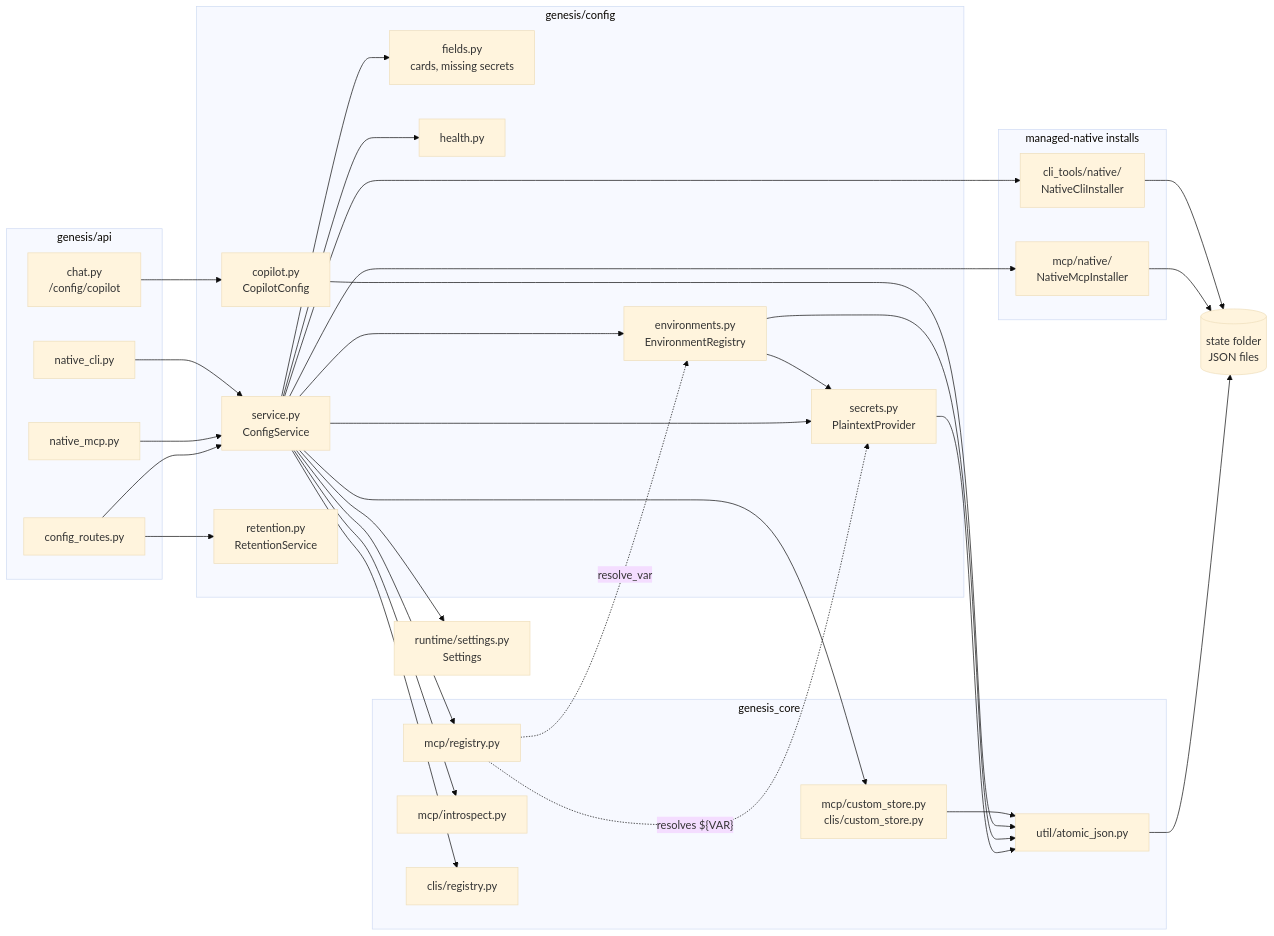
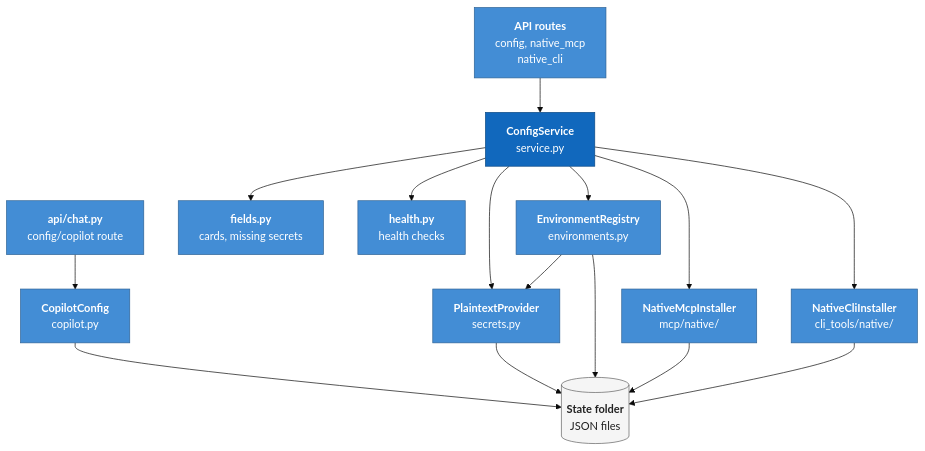
Before and after one commit to ram-020998/project-tracker: the first of 5 diagrams in genesis/architecture/modules/configuration-and-secrets.md, drawn with Mermaid (base theme). The commit also changed other lines of this file and 24 other files, not shown here.

First line of the commit message:
architecture: rewrite all 86 Mermaid diagrams to one C4 style, each render-checked

````diff
--- a/genesis/architecture/modules/configuration-and-secrets.md
+++ b/genesis/architecture/modules/configuration-and-secrets.md
@@ -55,45 +55,26 @@
 ```mermaid
-flowchart LR
-    subgraph routes["genesis/api"]
-        cr["config_routes.py"]
-        nm["native_mcp.py"]
-        nc["native_cli.py"]
-        chatapi["chat.py<br/>/config/copilot"]
-    end
-    subgraph cfg["genesis/config"]
-        svc["service.py<br/>ConfigService"]
-        sec["secrets.py<br/>PlaintextProvider"]
-        env["environments.py<br/>EnvironmentRegistry"]
-        fld["fields.py<br/>cards, missing secrets"]
-        hl["health.py"]
-        cop["copilot.py<br/>CopilotConfig"]
-        ret["retention.py<br/>RetentionService"]
-    end
-    subgraph native["managed-native installs"]
-        mi["mcp/native/<br/>NativeMcpInstaller"]
-        ci["cli_tools/native/<br/>NativeCliInstaller"]
-    end
-    subgraph core["genesis_core"]
-        mreg["mcp/registry.py"]
-        cstore["mcp/custom_store.py<br/>clis/custom_store.py"]
-        intro["mcp/introspect.py"]
-        creg["clis/registry.py"]
-        atomic["util/atomic_json.py"]
-    end
-    set["runtime/settings.py<br/>Settings"]
-    files[("state folder<br/>JSON files")]
-
-    cr --> svc
-    nm --> svc
-    nc --> svc
+flowchart TB
+    chatapi["<b>api/chat.py</b><br/>config/copilot route"]:::comp
+    cop["<b>CopilotConfig</b><br/>copilot.py"]:::comp
+    routes["<b>API routes</b><br/>config, native_mcp<br/>native_cli"]:::comp
+    svc["<b>ConfigService</b><br/>service.py"]:::core
+    fld["<b>fields.py</b><br/>cards, missing secrets"]:::comp
+    hl["<b>health.py</b><br/>health checks"]:::comp
+    env["<b>EnvironmentRegistry</b><br/>environments.py"]:::comp
+    sec["<b>PlaintextProvider</b><br/>secrets.py"]:::comp
+    mi["<b>NativeMcpInstaller</b><br/>mcp/native/"]:::comp
+    ci["<b>NativeCliInstaller</b><br/>cli_tools/native/"]:::comp
+    files[("<b>State folder</b><br/>JSON files")]:::data
     chatapi --> cop
-    cr --> ret
-    svc --> sec & env & fld & hl & mi & ci
-    svc --> mreg & creg & cstore & intro
+    routes --> svc
+    svc --> fld & hl & env & sec & mi & ci
     env --> sec
-    mreg -. "resolves ${VAR}" .-> sec
-    mreg -. "resolve_var" .-> env
-    sec & env & cop & cstore --> atomic --> files
-    mi & ci --> files
-    svc --> set
+    cop & sec & env & mi & ci --> files
+    classDef person fill:#08427b,stroke:#052e56,color:#ffffff
+    classDef core fill:#1168bd,stroke:#0b4884,color:#ffffff
+    classDef comp fill:#438dd5,stroke:#2e6295,color:#ffffff
+    classDef proc fill:#85bbf0,stroke:#5d82a8,color:#000000
+    classDef ext fill:#999999,stroke:#6b6b6b,color:#ffffff
+    classDef data fill:#f5f5f5,stroke:#616161,color:#212121
+    classDef note fill:#fff8e1,stroke:#f9a825,color:#5d4037
 ```
````
